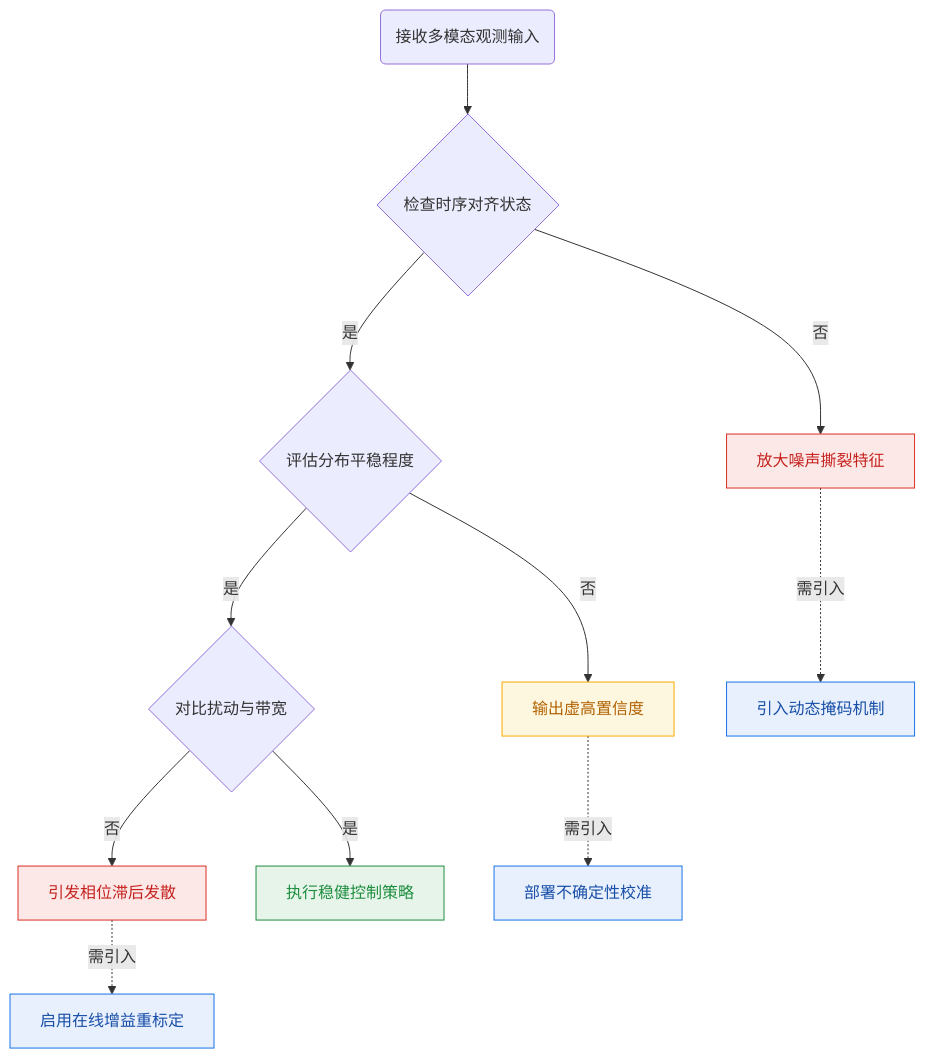
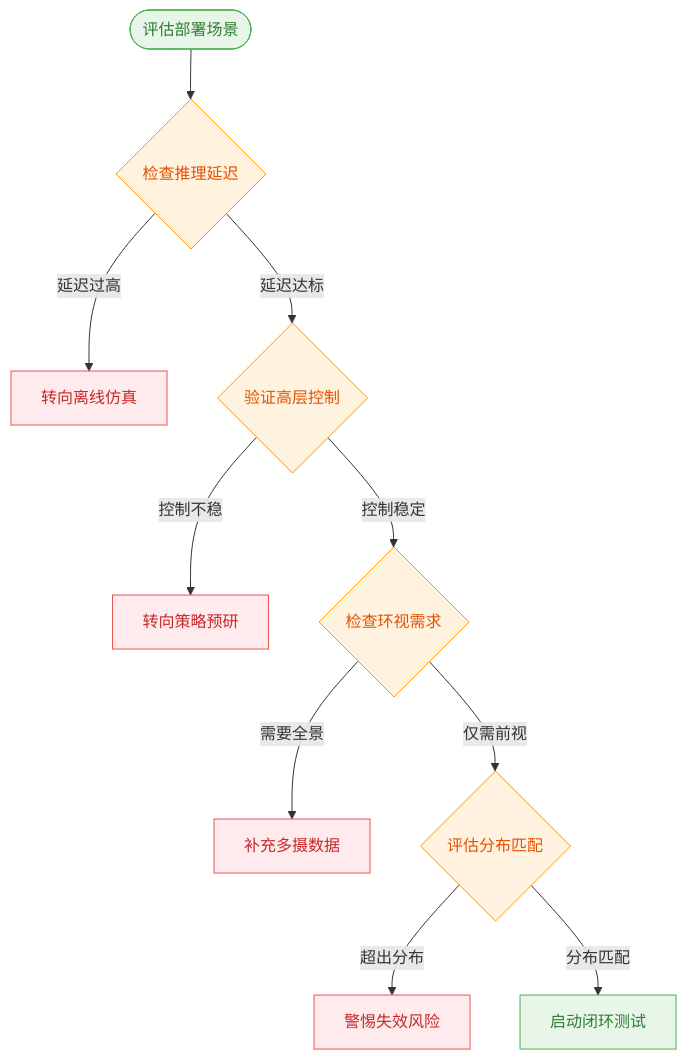
Before and after one commit to ShinewineW/paper-rolling: the ninth of 10 diagrams in person_vault/2026-06-08_Vista_2405.17398/report.md, drawn with Mermaid. The commit also changed other lines of this file and 51 other files, not shown here.

````diff
--- a/person_vault/2026-06-08_Vista_2405.17398/report.md
+++ b/person_vault/2026-06-08_Vista_2405.17398/report.md
@@ -402,19 +577,20 @@
 ```mermaid
 flowchart TD
-    classDef safe fill:#e6f4ea,stroke:#1e8e3e,color:#1e8e3e;
-    classDef warn fill:#fef7e0,stroke:#f9ab00,color:#b06000;
-    classDef fail fill:#fce8e6,stroke:#d93025,color:#c5221f;
-    classDef patch fill:#e8f0fe,stroke:#1a73e8,color:#174ea6;
+    start(["评估部署场景"]) --> check_latency{检查推理延迟}
+    check_latency -->|延迟过高| offline_use["转向离线仿真"]
+    check_latency -->|延迟达标| check_control{验证高层控制}
+    check_control -->|控制不稳| strategy_research["转向策略预研"]
+    check_control -->|控制稳定| check_view{检查环视需求}
+    check_view -->|需要全景| sensor_fusion["补充多摄数据"]
+    check_view -->|仅需前视| check_data{评估分布匹配}
+    check_data -->|超出分布| ood_risk["警惕失效风险"]
+    check_data -->|分布匹配| safe_deploy["启动闭环测试"]
 
-    Start(接收多模态观测输入) --> CheckSync{检查时序对齐状态}
-    CheckSync -->|否| NoiseAmp["放大噪声撕裂特征"]:::fail
-    CheckSync -->|是| CheckDist{评估分布平稳程度}
-    CheckDist -->|否| OODConf["输出虚高置信度"]:::warn
-    CheckDist -->|是| CheckFreq{对比扰动与带宽}
-    CheckFreq -->|否| PhaseLag["引发相位滞后发散"]:::fail
-    CheckFreq -->|是| StableOp["执行稳健控制策略"]:::safe
-    
-    NoiseAmp -.->|需引入| MaskMech["引入动态掩码机制"]:::patch
-    OODConf -.->|需引入| Uncalib["部署不确定性校准"]:::patch
-    PhaseLag -.->|需引入| GainTune["启用在线增益重标定"]:::patch
+    classDef start_end fill:#e8f5e9,color:#2e7d32,stroke:#4caf50;
+    classDef decision fill:#fff3e0,color:#e65100,stroke:#ff9800;
+    classDef safe fill:#e3f2fd,color:#1565c0,stroke:#2196f3;
+    classDef risk fill:#ffebee,color:#c62828,stroke:#ef5350;
+    class start,safe_deploy start_end;
+    class check_latency,check_control,check_view,check_data decision;
+    class offline_use,strategy_research,sensor_fusion,ood_risk risk;
 ```
````
